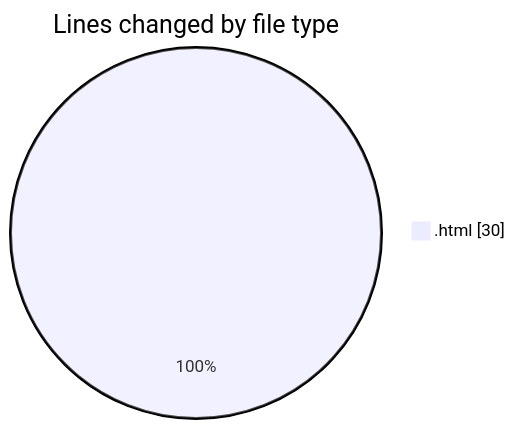
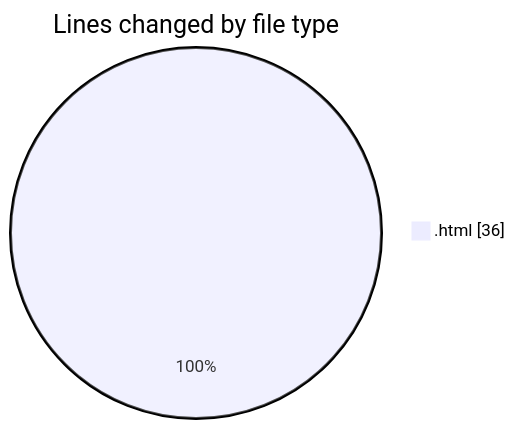
One commit to hasnaa123/code-tracking changed the first of 2 diagrams in 2025-12-24/technologie_web/README.md. Above: the diagram before and after it, drawn with Mermaid. The commit also changed other lines of this file and 1 other file, not shown here.

````diff
--- a/2025-12-24/technologie_web/README.md
+++ b/2025-12-24/technologie_web/README.md
@@ -20,5 +20,5 @@
 ```mermaid
 pie showData
 title Lines changed by file type
-".html" : 30
+".html" : 36
 ```
````
